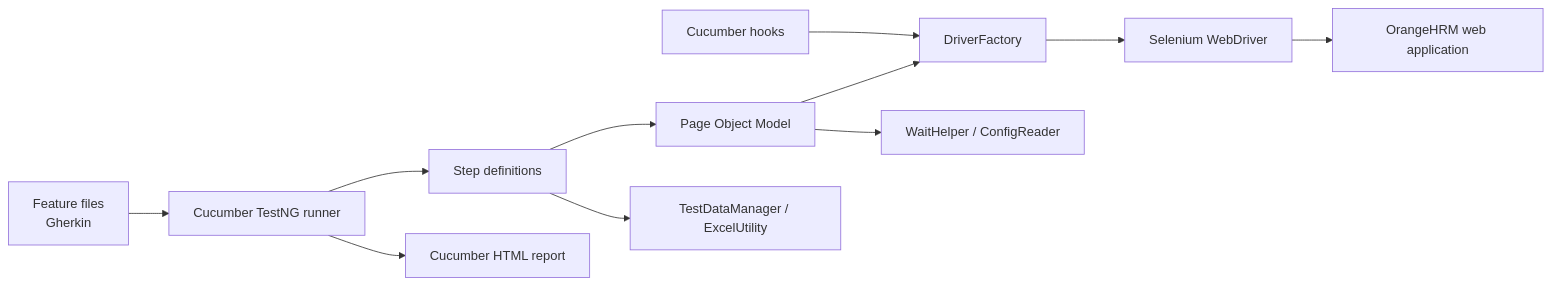
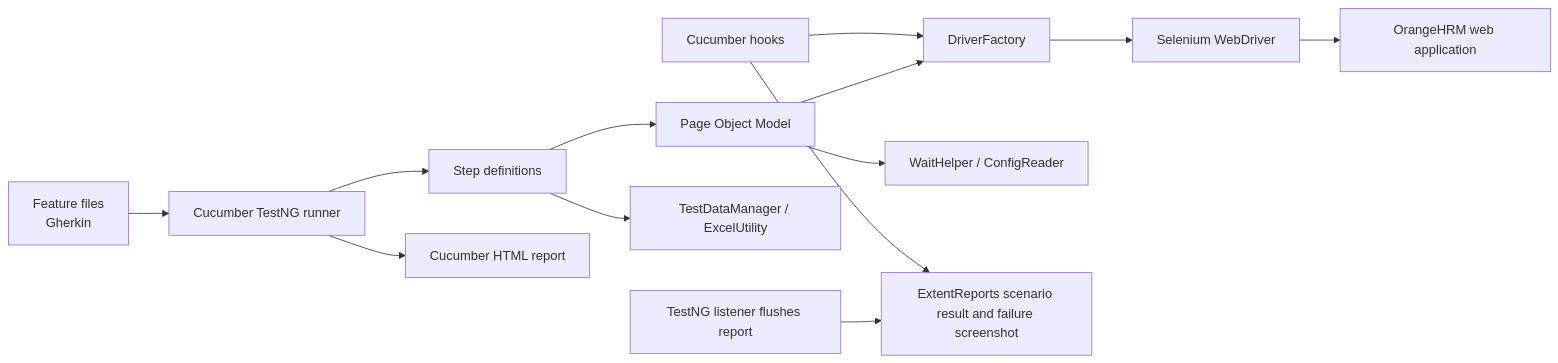
One commit to Sameer-Programmer/2026_Enterprise_DEMO_BDD_Project changed the second of 2 diagrams in README.md. Above: the diagram before and after it, drawn with Mermaid. The commit also changed other lines of this file, not shown here.

Commit message:
docs: update README for ExtentReports

````diff
--- a/README.md
+++ b/README.md
@@ -161,13 +164,15 @@
 ```mermaid
 flowchart LR
     Feature[Feature files<br/>Gherkin] --> Runner[Cucumber TestNG runner]
     Runner --> Steps[Step definitions]
     Hooks[Cucumber hooks] --> Driver[DriverFactory]
     Steps --> Pages[Page Object Model]
     Steps --> Data[TestDataManager / ExcelUtility]
     Pages --> Waits[WaitHelper / ConfigReader]
     Pages --> Driver
     Driver --> WebDriver[Selenium WebDriver]
     WebDriver --> AUT[OrangeHRM web application]
     Runner --> Report[Cucumber HTML report]
+    Hooks --> Extent[ExtentReports scenario result and failure screenshot]
+    Listener[TestNG listener flushes report] --> Extent
 ```
````
